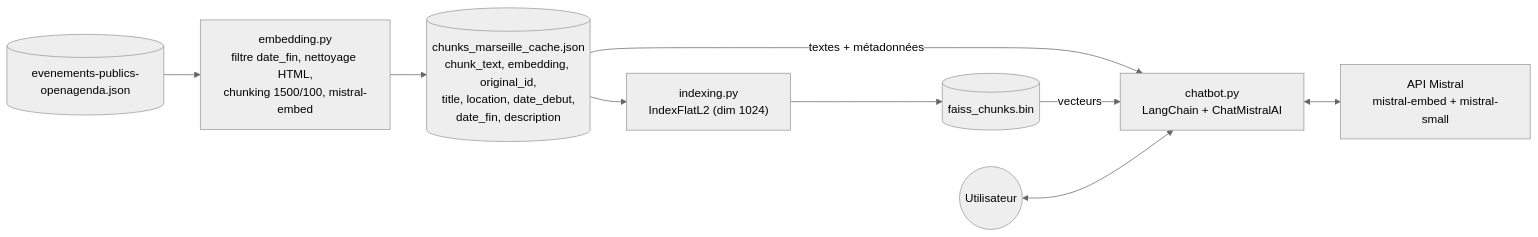
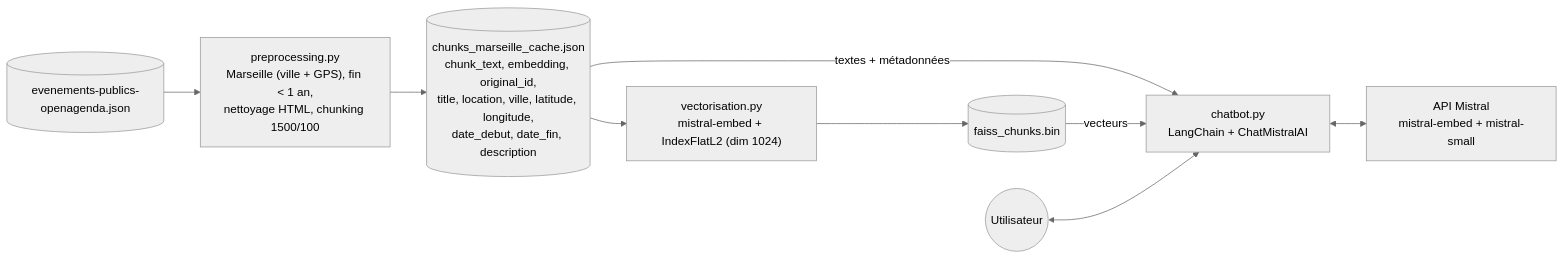
The first of 4 diagrams in CHATBOT.md (ThomaSiesse/projet-11-RAG), drawn with Mermaid (neutral theme) before and after one commit. The commit also changed other lines of this file and 15 other files, not shown here.

````diff
--- a/CHATBOT.md
+++ b/CHATBOT.md
@@ -11,17 +11,17 @@
 ```mermaid
 flowchart LR
     SRC[("evenements-publics-openagenda.json")]
-    EMB["embedding.py<br/>filtre date_fin, nettoyage HTML,<br/>chunking 1500/100, mistral-embed"]
-    CH[("chunks_marseille_cache.json<br/>chunk_text, embedding, original_id,<br/>title, location, date_debut,<br/>date_fin, description")]
-    IDX["indexing.py<br/>IndexFlatL2 (dim 1024)"]
+    EMB["preprocessing.py<br/>Marseille (ville + GPS), fin < 1 an,<br/>nettoyage HTML, chunking 1500/100"]
+    CH[("chunks_marseille_cache.json<br/>chunk_text, embedding, original_id,<br/>title, location, ville, latitude, longitude,<br/>date_debut, date_fin, description")]
+    IDX["vectorisation.py<br/>mistral-embed + IndexFlatL2 (dim 1024)"]
     FI[("faiss_chunks.bin")]
     BOT["chatbot.py<br/>LangChain + ChatMistralAI"]
     U(("Utilisateur"))
     API["API Mistral<br/>mistral-embed + mistral-small"]
 
     SRC --> EMB --> CH --> IDX --> FI
     CH -- "textes + métadonnées" --> BOT
     FI -- "vecteurs" --> BOT
     U <--> BOT
     BOT <--> API
 ```
````
